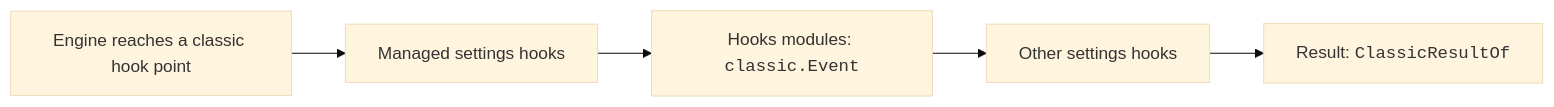
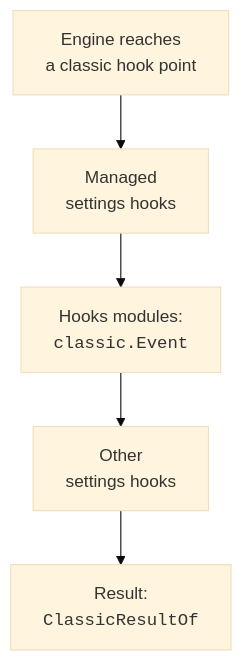
The diagram in plugin/mcp/snapshot/pages/extend/mod-api/types/classic.md (xsyetopz/claude-code-docs), drawn with Mermaid (base theme) before and after one commit. The commit also changed 19 other files, not shown here.

Commit message:
docs: split diagrams that overflow at 1280px

````diff
--- a/plugin/mcp/snapshot/pages/extend/mod-api/types/classic.md
+++ b/plugin/mcp/snapshot/pages/extend/mod-api/types/classic.md
@@ -29,7 +29,7 @@
 ```mermaid
-flowchart LR
-  A[Engine reaches a classic hook point] --> B[Managed settings hooks]
-  B --> C["Hooks modules: <code>classic.Event</code>"]
-  C --> D[Other settings hooks]
-  D --> E["Result: <code>ClassicResultOf</code>"]
+flowchart TD
+  A["Engine reaches<br/>a classic hook point"] --> B["Managed<br/>settings hooks"]
+  B --> C["Hooks modules:<br/><code>classic.Event</code>"]
+  C --> D["Other<br/>settings hooks"]
+  D --> E["Result:<br/><code>ClassicResultOf</code>"]
 ```
````
